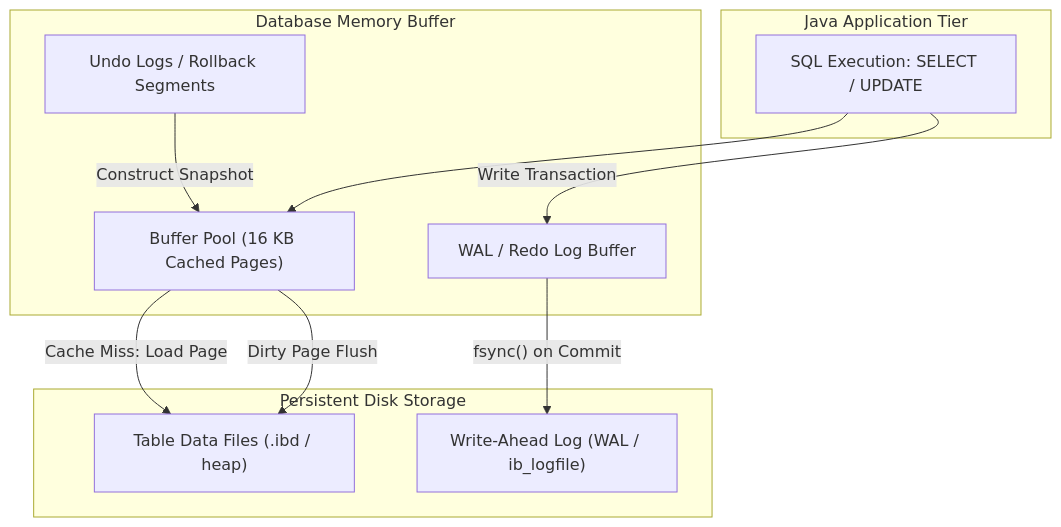
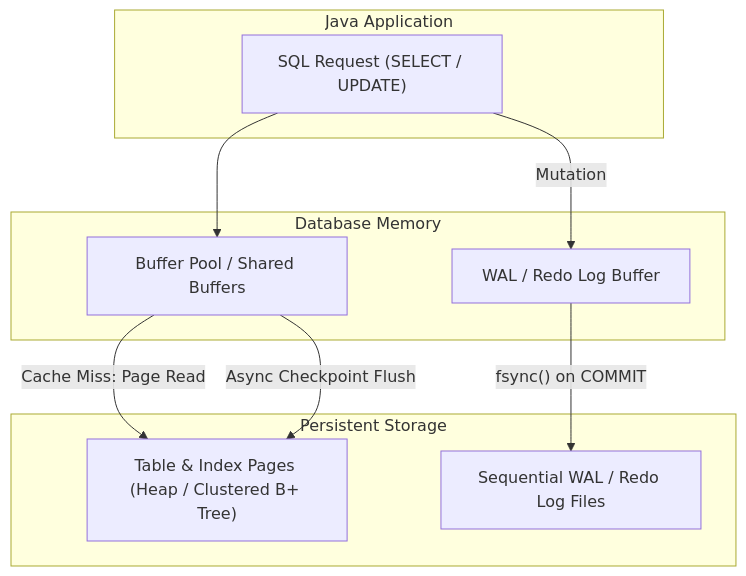
One commit to ravishankar2463/java_hub changed the first of 4 diagrams in content/roadmap/level-7/database-engine-internals-b-trees-and-mvcc.md. Above: the diagram before and after it, drawn with Mermaid. The commit also changed other lines of this file and 119 other files, not shown here.

Commit message:
feat: add comprehensive java learning roadmap content across multiple levels

````diff
--- a/content/roadmap/level-7/database-engine-internals-b-trees-and-mvcc.md
+++ b/content/roadmap/level-7/database-engine-internals-b-trees-and-mvcc.md
@@ -14,24 +12,22 @@
 ```mermaid
 flowchart TD
-    subgraph Client["Java Application Tier"]
-        Query["SQL Execution: SELECT / UPDATE"]
+    subgraph Client["Java Application"]
+        Query["SQL Request (SELECT / UPDATE)"]
     end
 
-    subgraph MemoryTier["Database Memory Buffer"]
-        BufferPool["Buffer Pool (16 KB Cached Pages)"]
-        UndoLog["Undo Logs / Rollback Segments"]
-        WALBuffer["WAL / Redo Log Buffer"]
+    subgraph Memory["Database Memory"]
+        Buffer["Buffer Pool / Shared Buffers"]
+        WALBuf["WAL / Redo Log Buffer"]
     end
 
-    subgraph StorageTier["Persistent Disk Storage"]
-        DataFiles["Table Data Files (.ibd / heap)"]
-        WALDisk["Write-Ahead Log (WAL / ib_logfile)"]
+    subgraph Disk["Persistent Storage"]
+        DataFiles["Table & Index Pages (Heap / Clustered B+ Tree)"]
+        WALDisk["Sequential WAL / Redo Log Files"]
     end
 
-    Query --> BufferPool
-    BufferPool -- "Cache Miss: Load Page" --> DataFiles
-    Query -- "Write Transaction" --> WALBuffer
-    WALBuffer -- "fsync() on Commit" --> WALDisk
-    BufferPool -- "Dirty Page Flush" --> DataFiles
-    UndoLog -- "Construct Snapshot" --> BufferPool
+    Query --> Buffer
+    Buffer -->|"Cache Miss: Page Read"| DataFiles
+    Query -->|"Mutation"| WALBuf
+    WALBuf -->|"fsync() on COMMIT"| WALDisk
+    Buffer -->|"Async Checkpoint Flush"| DataFiles
 ```
````
